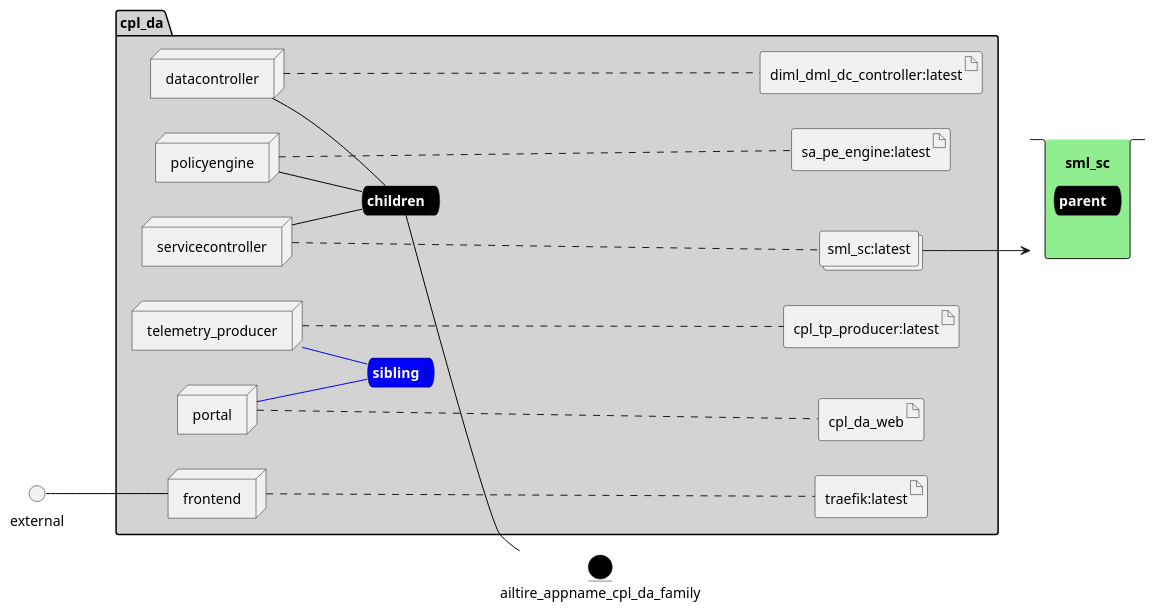
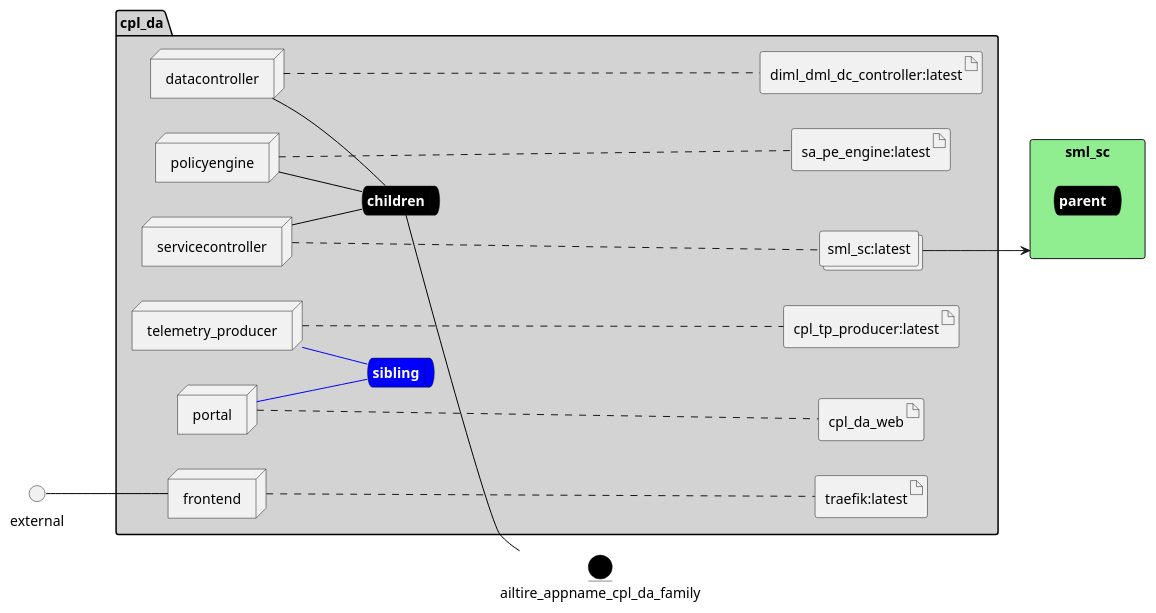
Before and after one commit to madajaju/edgemere: the diagram in docs/edgemere/cpl/da/envs/prod/deployment.puml, drawn with PlantUML. The commit also changed 208 other files, not shown here.

```diff
--- a/docs/edgemere/cpl/da/envs/prod/deployment.puml
+++ b/docs/edgemere/cpl/da/envs/prod/deployment.puml
@@ -1,76 +1,76 @@
 @startuml
 
 left to right direction
 
 
 
 
 entity ailtire_appname_cpl_da_family #black
 
-stack "sml_sc" as sml_scStack #lightgreen {
+rectangle "sml_sc" as sml_scStack #lightgreen {
     queue sml_scStacksnet #black [
         <b><color:white>parent</color></b>
     ]
 }
 
 
 
 package "cpl_da" #lightgray {
     queue childrennet #black [
             <b><color:white>children</color></b>
     ]
     
     childrennet -[#black]- ailtire_appname_cpl_da_family
     
     queue siblingnet #blue [
             <b><color:white>sibling</color></b>
     ]
     
 
 
 node "frontend" as frontendService {
     
 }
 node "datacontroller" as datacontrollerService
 node "policyengine" as policyengineService
 node "servicecontroller" as servicecontrollerService
 node "telemetry_producer" as telemetry_producerService
 node "portal" as portalService
 
 
         artifact "diml_dml_dc_controller:latest" as diml_dml_dc_controllerlatestimage
     
         artifact "sa_pe_engine:latest" as sa_pe_enginelatestimage
             collections "sml_sc:latest" as sml_sclatestimage
     
         artifact "cpl_tp_producer:latest" as cpl_tp_producerlatestimage
     
         artifact "cpl_da_web" as cpl_da_webimage
     
         artifact "traefik:latest" as traefiklatestimage
     
 }
 
 external -[#black]- frontendService
 
 datacontrollerService -[#black]- childrennet
 
 policyengineService -[#black]- childrennet
 
 servicecontrollerService -[#black]- childrennet
 
 telemetry_producerService -[#blue]- siblingnet
 
 portalService -[#blue]- siblingnet
 datacontrollerService .... diml_dml_dc_controllerlatestimage
 policyengineService .... sa_pe_enginelatestimage
 servicecontrollerService .... sml_sclatestimage
 telemetry_producerService .... cpl_tp_producerlatestimage
 portalService .... cpl_da_webimage
 
 frontendService .... traefiklatestimage
 
 sml_sclatestimage --> sml_scStack
     
 
 @enduml
```
